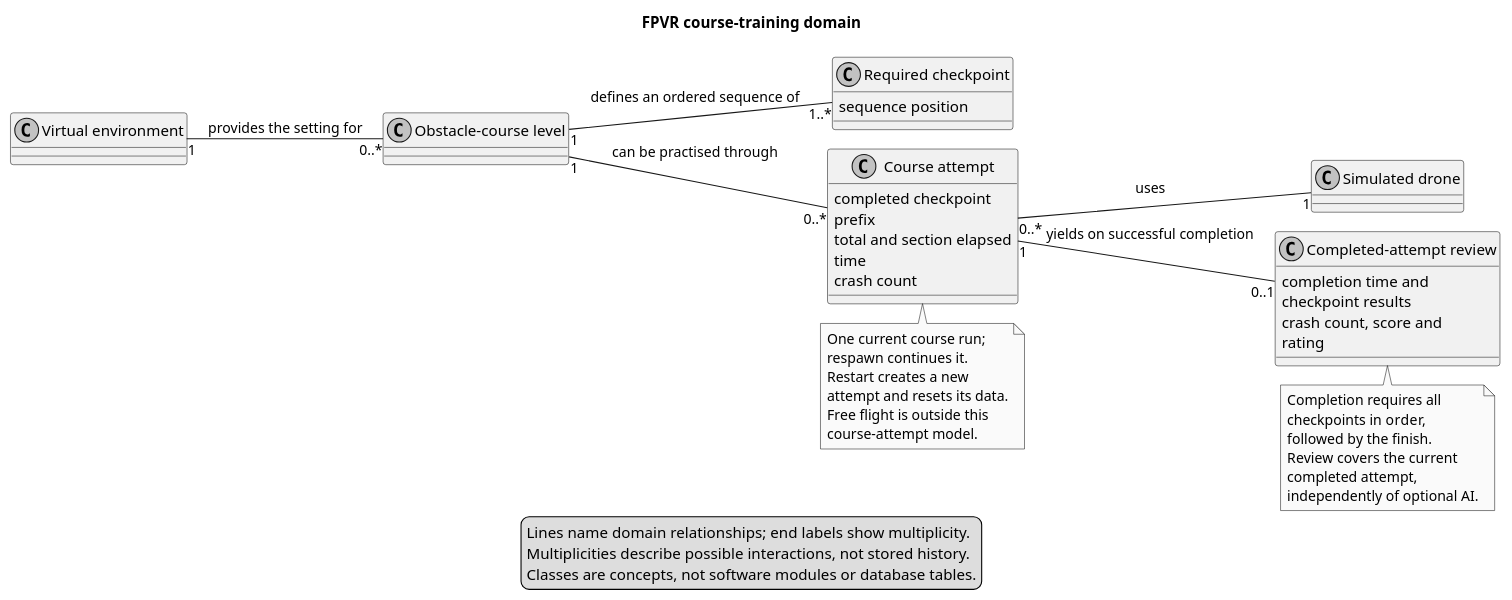
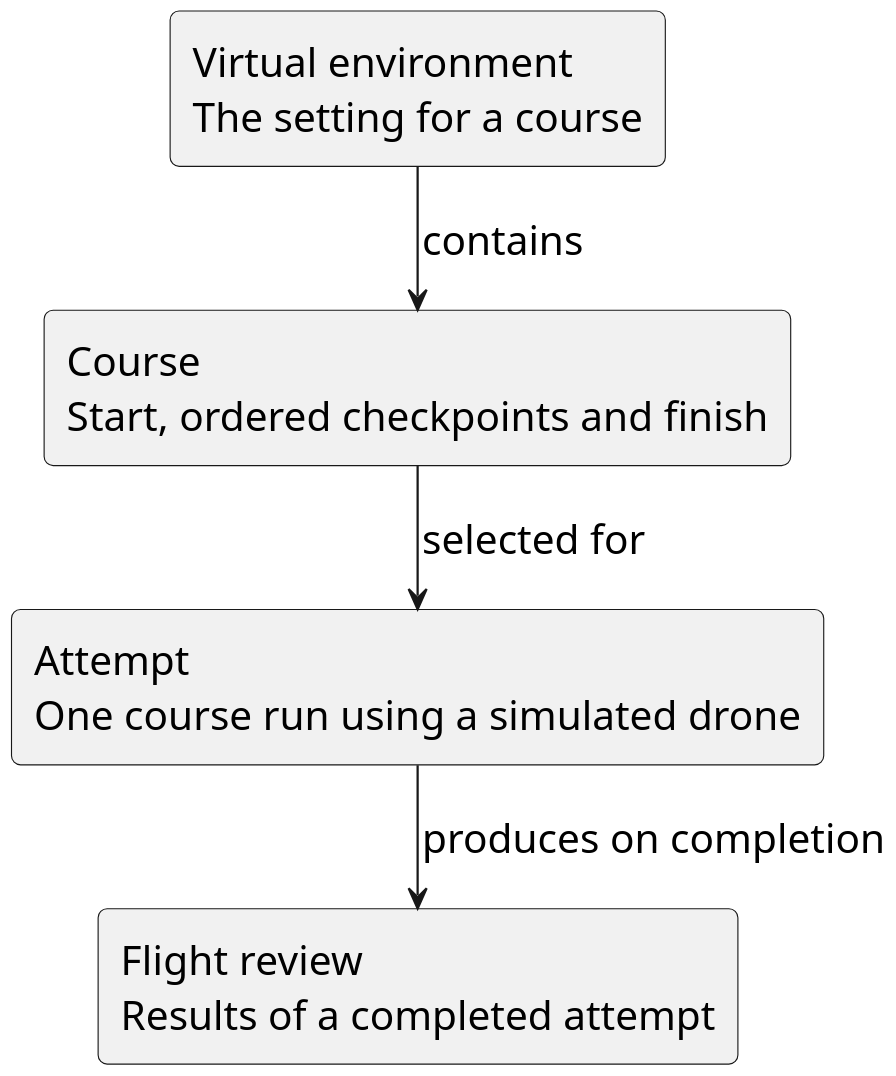
The diagram in docs/SRS/models/environment-domain.puml (SoftwareMandems/FPVR), drawn with PlantUML before and after one commit. The commit also changed 6 other files, not shown here.

Commit message:
Improve document diagrams

```diff
--- a/docs/SRS/models/environment-domain.puml
+++ b/docs/SRS/models/environment-domain.puml
@@ -1,53 +1,23 @@
 @startuml environment-domain
-' Editable source for the Environment domain model; not an implementation design.
-' Sources: ../SRS.tex G.4, G.6 and S.2 (FR-LVL, FR-CHK, FR-PER, FR-REV).
-' Draft reference: C:/Users/itari/Documents/SRS.tex E.1 and E.6.
-' Render: java -jar plantuml.jar -tpdf environment-domain.puml
-' Preview: java -jar plantuml.jar -tsvg environment-domain.puml
+' Conceptual overview of the training domain.
+' Render: java -jar plantuml.jar -tpng environment-domain.puml
 !pragma layout smetana
-left to right direction
 skinparam shadowing false
 skinparam monochrome true
-skinparam classAttributeIconSize 0
-skinparam wrapWidth 180
-title FPVR course-training domain
+skinparam defaultFontName Arial
+skinparam defaultFontSize 18
+skinparam dpi 200
+skinparam ranksep 35
+skinparam roundcorner 8
 
-class "Virtual environment" as Environment
-class "Obstacle-course level" as Course
-class "Required checkpoint" as Checkpoint {
-  sequence position
-}
-class "Course attempt" as Attempt {
-  completed checkpoint prefix
-  total and section elapsed time
-  crash count
-}
-class "Simulated drone" as Drone
-class "Completed-attempt review" as Review {
-  completion time and checkpoint results
-  crash count, score and rating
-}
+top to bottom direction
 
-Environment "1" -- "0..*" Course : provides the setting for
-Course "1" -- "1..*" Checkpoint : defines an ordered sequence of
-Course "1" -- "0..*" Attempt : can be practised through
-Attempt "0..*" -- "1" Drone : uses
-Attempt "1" -- "0..1" Review : yields on successful completion
+rectangle "Virtual environment\nThe setting for a course" as Environment
+rectangle "Course\nStart, ordered checkpoints and finish" as Course
+rectangle "Attempt\nOne course run using a simulated drone" as Attempt
+rectangle "Flight review\nResults of a completed attempt" as Review
 
-note bottom of Attempt
-  One current course run; respawn continues it.
-  Restart creates a new attempt and resets its data.
-  Free flight is outside this course-attempt model.
-end note
-note bottom of Review
-  Completion requires all checkpoints in order,
-  followed by the finish. Review covers the current
-  completed attempt, independently of optional AI.
-end note
-
-legend bottom
-  Lines name domain relationships; end labels show multiplicity.
-  Multiplicities describe possible interactions, not stored history.
-  Classes are concepts, not software modules or database tables.
-endlegend
+Environment -down-> Course : contains
+Course -down-> Attempt : selected for
+Attempt -down-> Review : produces on completion
 @enduml
```
